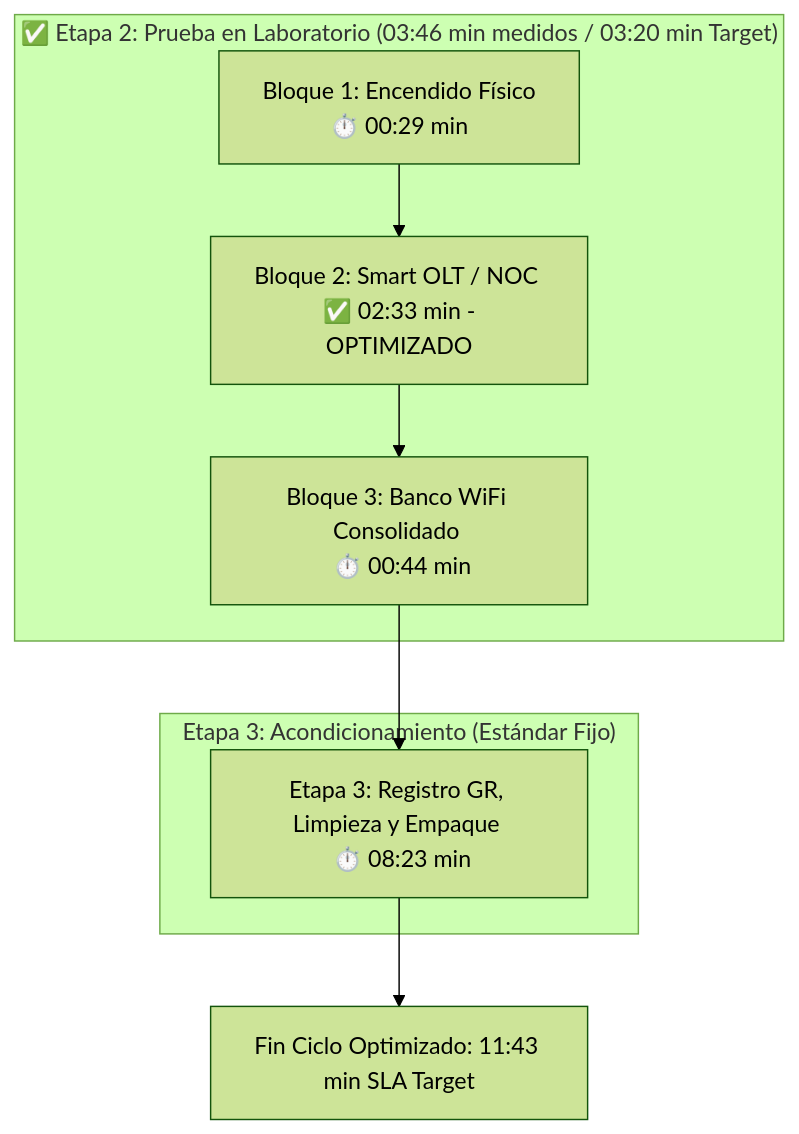
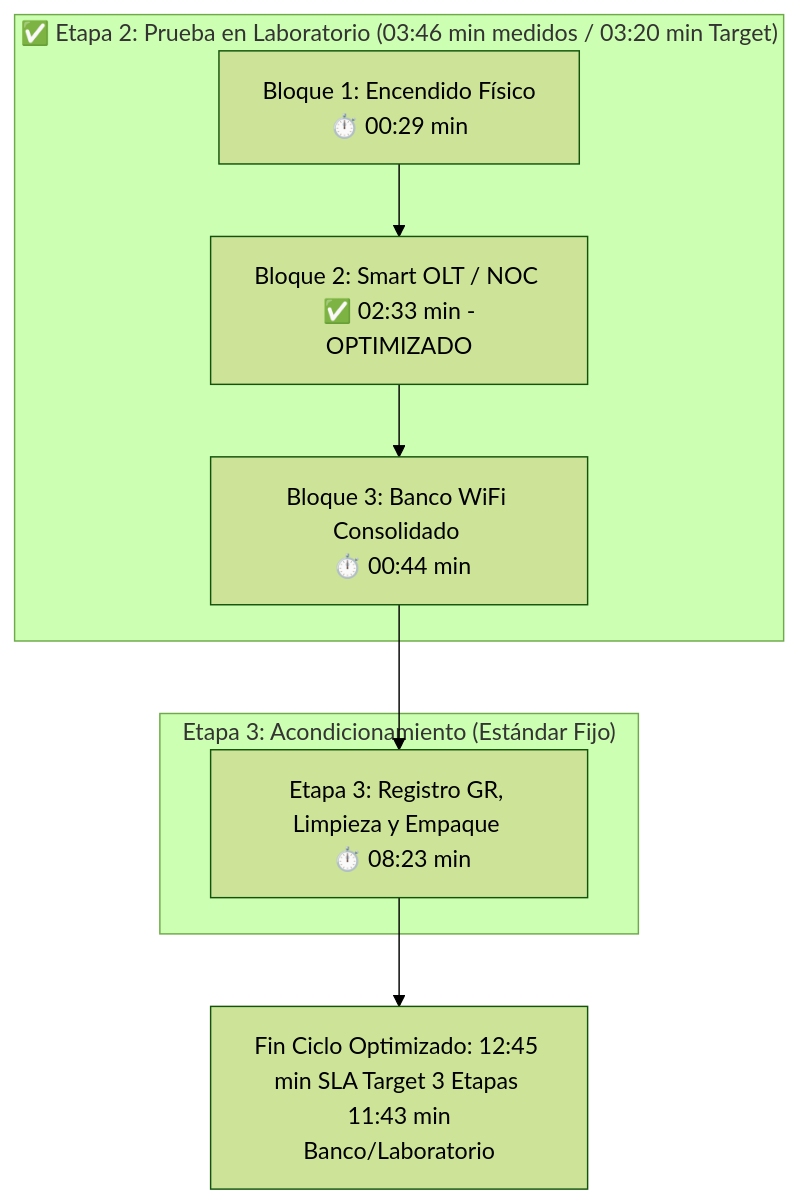
The second of 2 diagrams in docs/diagnosticos/DG-EQU-001.md (elingenierok/procedimientos-isp), drawn with Mermaid (forest theme) before and after one commit. The commit also changed other lines of this file, not shown here.

````diff
--- a/docs/diagnosticos/DG-EQU-001.md
+++ b/docs/diagnosticos/DG-EQU-001.md
@@ -59,13 +60,13 @@
 ```mermaid
 graph TD
     subgraph ETAPA_2 ["✅ Etapa 2: Prueba en Laboratorio (03:46 min medidos / 03:20 min Target)"]
         B1[Bloque 1: Encendido Físico <br/> ⏱️ 00:29 min] --> B2[Bloque 2: Smart OLT / NOC <br/> ✅ 02:33 min - OPTIMIZADO]
         B2 --> B3[Bloque 3: Banco WiFi Consolidado <br/> ⏱️ 00:44 min]
     end
 
     subgraph ETAPA_3 ["Etapa 3: Acondicionamiento (Estándar Fijo)"]
         B3 --> B4[Etapa 3: Registro GR, Limpieza y Empaque <br/> ⏱️ 08:23 min]
     end
 
-    B4 --> B5[Fin Ciclo Optimizado: 11:43 min SLA Target]
+    B4 --> B5[Fin Ciclo Optimizado: 12:45 min SLA Target 3 Etapas <br/> 11:43 min Banco/Laboratorio]
 ```
````
